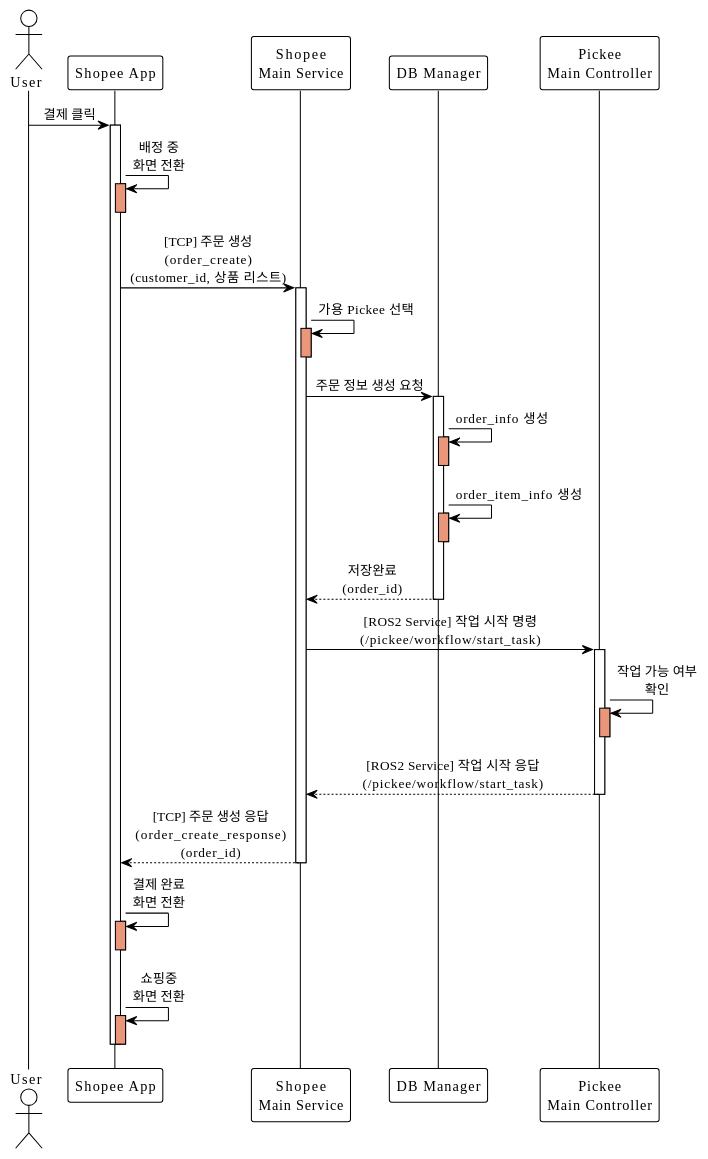
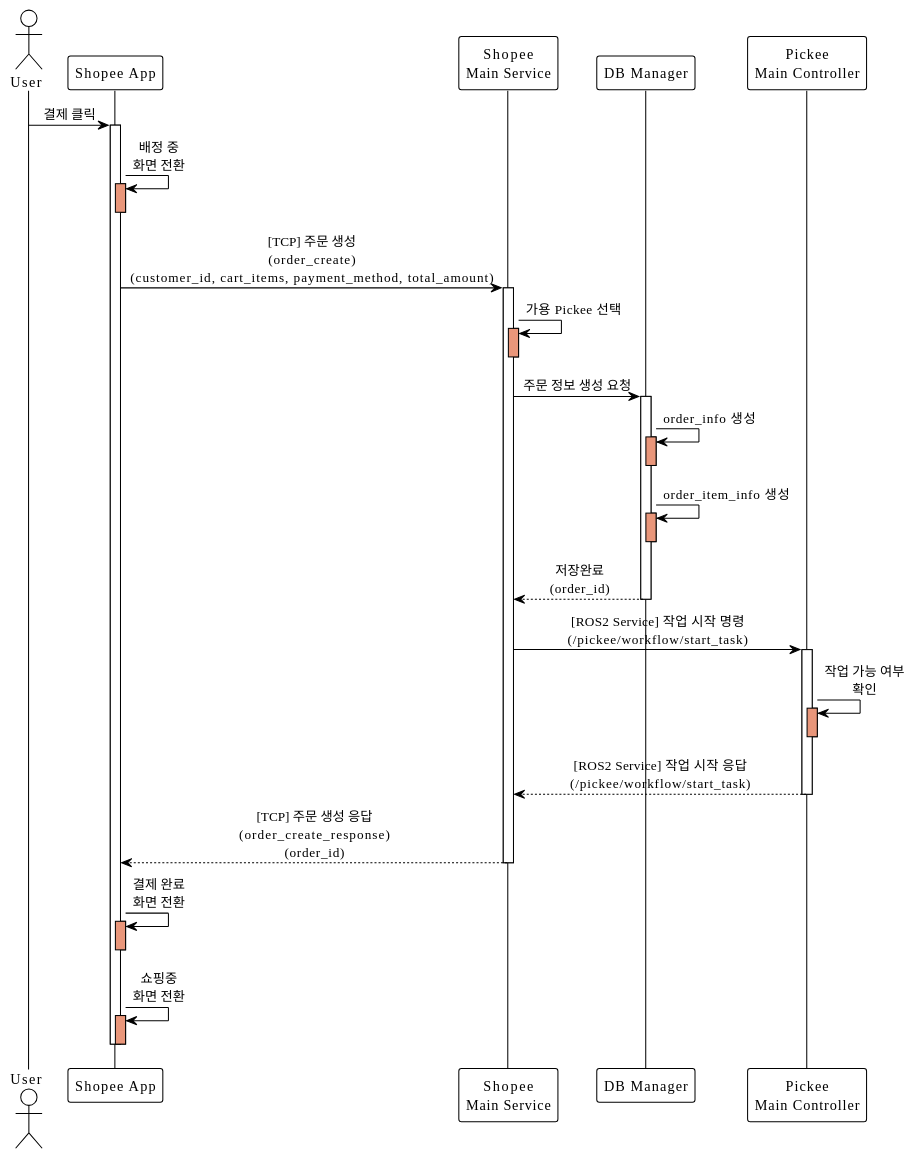
One commit to addinedu-roscamp-7th/roscamp-repo-1 changed the diagram in docs/SequenceDiagram/SC_01_3.md. Above: the diagram before and after it, drawn with PlantUML. The commit also changed 12 other files, not shown here.

```diff
--- a/docs/SequenceDiagram/SC_01_3.md
+++ b/docs/SequenceDiagram/SC_01_3.md
@@ -1,63 +1,63 @@
 @startuml SC_01_3
 !theme plain
 skinparam backgroundColor #FFFFFF
 skinparam sequenceMessageAlign center
 
 actor User as user
 participant "Shopee App" as app
 participant "Shopee\nMain Service" as main
 participant "DB Manager" as db
 participant "Pickee\nMain Controller" as pickee
 
 user -> app: 결제 클릭
 activate app
 
 app -> app: 배정 중\n화면 전환
 activate app #DarkSalmon
 deactivate app
 
-app -> main: [TCP] 주문 생성\n(order_create)\n(customer_id, 상품 리스트)
+app -> main: [TCP] 주문 생성\n(order_create)\n(customer_id, cart_items, payment_method, total_amount)
 activate main
 
 main -> main: 가용 Pickee 선택
 activate main #DarkSalmon
 deactivate main
 
 main -> db: 주문 정보 생성 요청
 activate db
 
 db -> db: order_info 생성
 activate db #DarkSalmon
 deactivate db
 
 db -> db: order_item_info 생성
 activate db #DarkSalmon
 deactivate db
 
 db --> main: 저장완료\n(order_id)
 deactivate db
 
 main -> pickee: [ROS2 Service] 작업 시작 명령\n(/pickee/workflow/start_task)
 activate pickee
 
 pickee -> pickee: 작업 가능 여부\n확인
 activate pickee #DarkSalmon
 deactivate pickee
 
 pickee --> main: [ROS2 Service] 작업 시작 응답\n(/pickee/workflow/start_task)
 deactivate pickee
 
 main --> app: [TCP] 주문 생성 응답\n(order_create_response)\n(order_id)
 deactivate main
 
 app -> app: 결제 완료\n화면 전환
 activate app #DarkSalmon
 deactivate app
 
 app -> app: 쇼핑중\n화면 전환
 activate app #DarkSalmon
 deactivate app
 
 deactivate app
 
 @enduml
```
